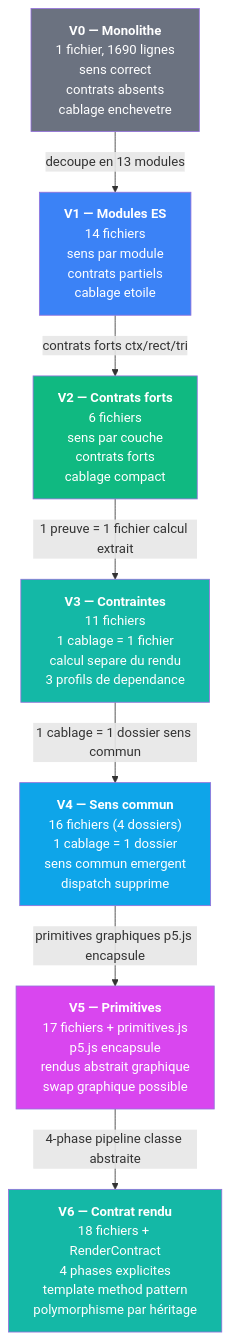
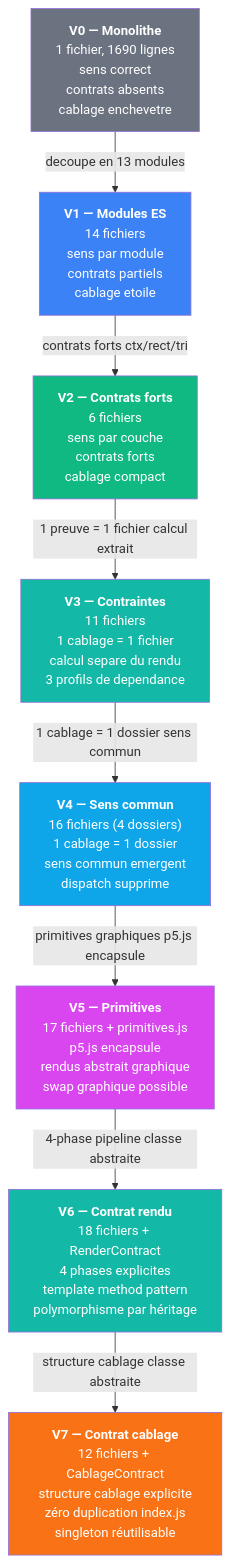
One commit to yanntyb/maths changed the first of 2 diagrams in app/README.md. Above: the diagram before and after it, drawn with Mermaid. The commit also changed other lines of this file and 28 other files, not shown here.

First line of the commit message:
V7: Contrat de cablage explicite — CablageContract classe abstraite

````diff
--- a/app/README.md
+++ b/app/README.md
@@ -21,24 +21,27 @@
 ```mermaid
 graph TD
     V0["<b>V0 — Monolithe</b><br/>1 fichier, 1690 lignes<br/>sens correct<br/>contrats absents<br/>cablage enchevetre"]:::grey
     V1["<b>V1 — Modules ES</b><br/>14 fichiers<br/>sens par module<br/>contrats partiels<br/>cablage etoile"]:::blue
     V2["<b>V2 — Contrats forts</b><br/>6 fichiers<br/>sens par couche<br/>contrats forts<br/>cablage compact"]:::green
     V3["<b>V3 — Contraintes</b><br/>11 fichiers<br/>1 cablage = 1 fichier<br/>calcul separe du rendu<br/>3 profils de dependance"]:::teal
     V4["<b>V4 — Sens commun</b><br/>16 fichiers (4 dossiers)<br/>1 cablage = 1 dossier<br/>sens commun emergent<br/>dispatch supprime"]:::cyan
     V5["<b>V5 — Primitives</b><br/>17 fichiers + primitives.js<br/>p5.js encapsule<br/>rendus abstrait graphique<br/>swap graphique possible"]:::magenta
     V6["<b>V6 — Contrat rendu</b><br/>18 fichiers + RenderContract<br/>4 phases explicites<br/>template method pattern<br/>polymorphisme par héritage"]:::teal
+    V7["<b>V7 — Contrat cablage</b><br/>12 fichiers + CablageContract<br/>structure cablage explicite<br/>zéro duplication index.js<br/>singleton réutilisable"]:::orange
 
     V0 -->|"decoupe en 13 modules"| V1
     V1 -->|"contrats forts ctx/rect/tri"| V2
     V2 -->|"1 preuve = 1 fichier calcul extrait"| V3
     V3 -->|"1 cablage = 1 dossier sens commun"| V4
     V4 -->|"primitives graphiques p5.js encapsule"| V5
     V5 -->|"4-phase pipeline classe abstraite"| V6
+    V6 -->|"structure cablage classe abstraite"| V7
 
     classDef grey fill:#6B7280,color:#fff
     classDef blue fill:#3B82F6,color:#fff
     classDef green fill:#10B981,color:#fff
     classDef teal fill:#14B8A6,color:#fff
     classDef cyan fill:#0EA5E9,color:#fff
     classDef magenta fill:#D946EF,color:#fff
+    classDef orange fill:#F97316,color:#fff
 ```
````
